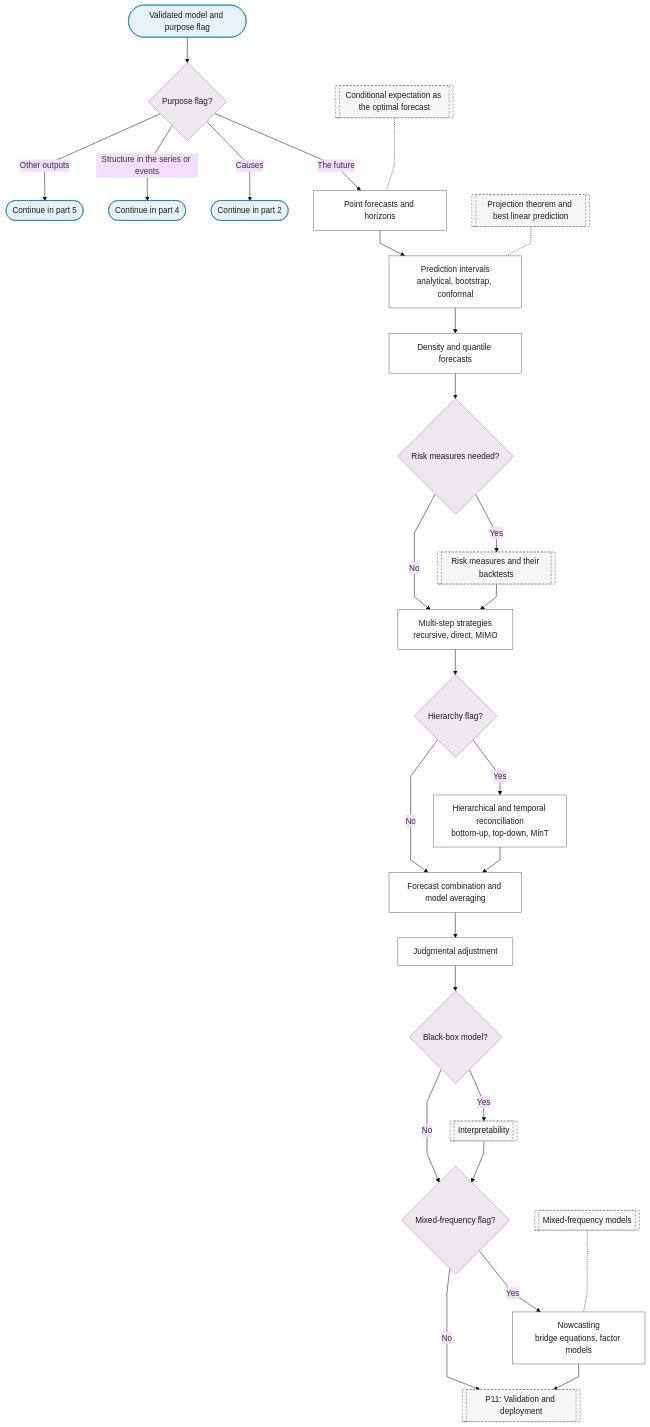
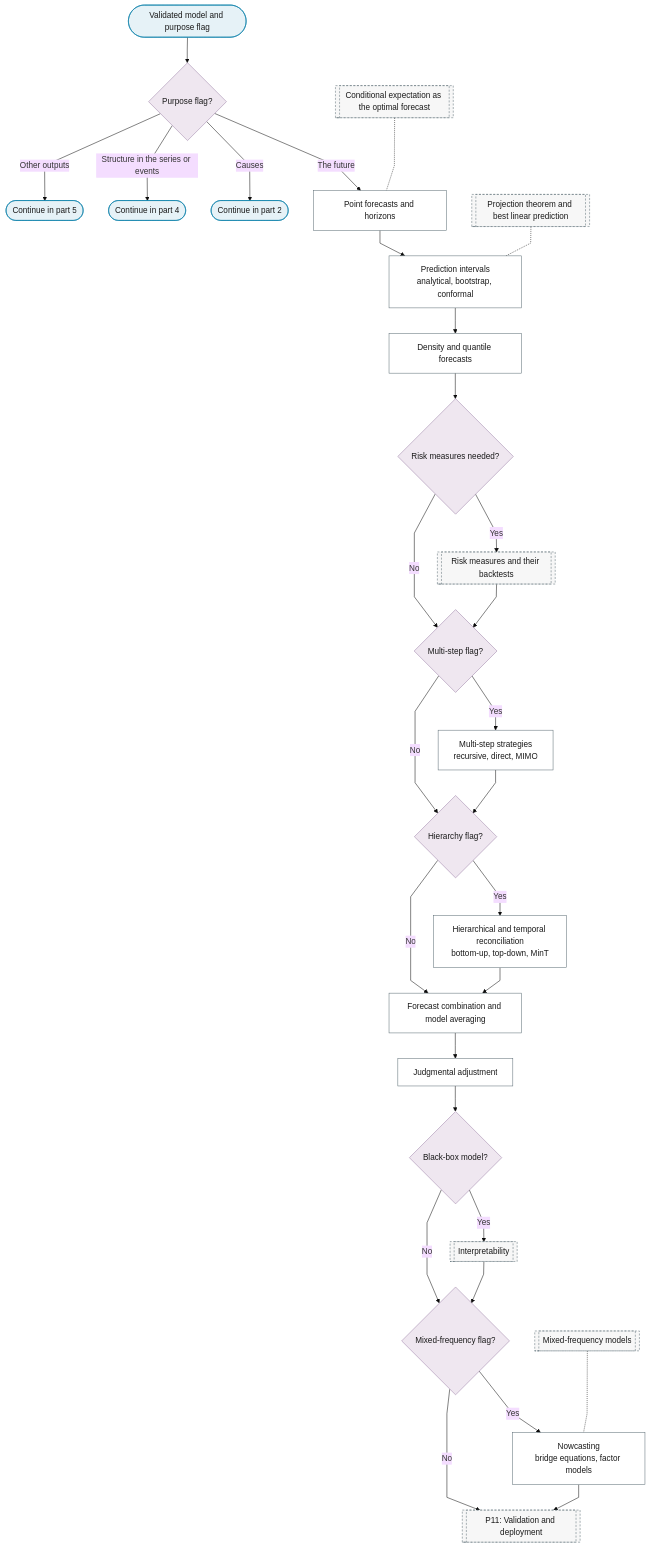
Before and after one commit to Shuxin-Y/time-series-analysis-manual: the first of 5 diagrams in docs/01-workflow/p10-inference.md, drawn with Mermaid (base theme). The commit also changed 3 other files, not shown here.

First line of the commit message:
fix(flowchart): every flag has a consumer and every diamond names what it reads (rev1 N2, N3, N5, N6)

````diff
--- a/docs/01-workflow/p10-inference.md
+++ b/docs/01-workflow/p10-inference.md
@@ -11,42 +11,44 @@
 ```mermaid
 %%{init: {"flowchart": {"curve": "linear"}}}%%
 graph TD
     P10_IN(["Validated model and purpose flag"]) --> P10_PURPOSE{"Purpose flag?"}
     P10_PURPOSE -->|"The future"| P10_POINT_FORECASTS["Point forecasts and horizons"]
     P10_PURPOSE -->|"Causes"| P10_TO_PART_2(["Continue in part 2"])
     P10_PURPOSE -->|"Structure in the series or events"| P10_TO_PART_4(["Continue in part 4"])
     P10_PURPOSE -->|"Other outputs"| P10_TO_PART_5(["Continue in part 5"])
     P10_POINT_FORECASTS --> P10_INTERVALS["Prediction intervals<br/>analytical, bootstrap, conformal"]
     P10_INTERVALS --> P10_DENSITY_QUANTILE["Density and quantile forecasts"]
     P10_DENSITY_QUANTILE --> P10_RISK{"Risk measures needed?"}
     P10_RISK -->|"Yes"| P10_RISK_MEASURES[["Risk measures and their backtests"]]
-    P10_RISK -->|"No"| P10_MULTISTEP
-    P10_RISK_MEASURES --> P10_MULTISTEP["Multi-step strategies<br/>recursive, direct, MIMO"]
+    P10_RISK -->|"No"| P10_MULTISTEP_Q
+    P10_RISK_MEASURES --> P10_MULTISTEP_Q{"Multi-step flag?"}
+    P10_MULTISTEP_Q -->|"Yes"| P10_MULTISTEP["Multi-step strategies<br/>recursive, direct, MIMO"]
+    P10_MULTISTEP_Q -->|"No"| P10_HIERARCHY
     P10_MULTISTEP --> P10_HIERARCHY{"Hierarchy flag?"}
     P10_HIERARCHY -->|"Yes"| P10_RECONCILIATION["Hierarchical and temporal reconciliation<br/>bottom-up, top-down, MinT"]
     P10_HIERARCHY -->|"No"| P10_COMBINATION
     P10_RECONCILIATION --> P10_COMBINATION["Forecast combination and model averaging"]
     P10_COMBINATION --> P10_JUDGMENTAL["Judgmental adjustment"]
     P10_JUDGMENTAL --> P10_BLACK_BOX{"Black-box model?"}
     P10_BLACK_BOX -->|"Yes"| P10_INTERPRETABILITY[["Interpretability"]]
     P10_BLACK_BOX -->|"No"| P10_MIXED
     P10_INTERPRETABILITY --> P10_MIXED{"Mixed-frequency flag?"}
     P10_MIXED -->|"Yes"| P10_NOWCASTING["Nowcasting<br/>bridge equations, factor models"]
     P10_MIXED -->|"No"| P11
     P10_NOWCASTING --> P11[["P11: Validation and deployment"]]
     F_CONDITIONAL_EXPECTATION[["Conditional expectation as the optimal forecast"]] -.- P10_POINT_FORECASTS
     F_PROJECTION[["Projection theorem and best linear prediction"]] -.- P10_INTERVALS
     P6_MIXED_FREQUENCY[["Mixed-frequency models"]] -.- P10_NOWCASTING
     class P10_IN,P10_TO_PART_2,P10_TO_PART_4,P10_TO_PART_5 terminator
-    class P10_PURPOSE,P10_RISK,P10_HIERARCHY,P10_BLACK_BOX,P10_MIXED decision
+    class P10_PURPOSE,P10_RISK,P10_MULTISTEP_Q,P10_HIERARCHY,P10_BLACK_BOX,P10_MIXED decision
     class P10_POINT_FORECASTS,P10_INTERVALS,P10_DENSITY_QUANTILE,P10_MULTISTEP,P10_RECONCILIATION,P10_COMBINATION,P10_JUDGMENTAL,P10_NOWCASTING process
     class P10_RISK_MEASURES,P10_INTERPRETABILITY,P11,F_CONDITIONAL_EXPECTATION,F_PROJECTION,P6_MIXED_FREQUENCY ref
     classDef terminator fill:#E6F2F7,stroke:#007BA7,color:#1A1A1A;
     classDef process fill:#FFFFFF,stroke:#5A6B73,color:#1A1A1A;
     classDef decision fill:#EFE7F0,stroke:#9B7FA7,color:#1A1A1A;
     classDef data fill:#FFF4E0,stroke:#C9A55E,color:#1A1A1A;
     classDef good fill:#DCEFD8,stroke:#4A7A3F,color:#1A1A1A;
     classDef escalate fill:#FFE9C2,stroke:#C9A55E,color:#1A1A1A;
     classDef problem fill:#F2D9DE,stroke:#800020,color:#1A1A1A;
     classDef ref fill:#F7F7F7,stroke:#5A6B73,color:#1A1A1A,stroke-dasharray:4 3;
 ```
````
